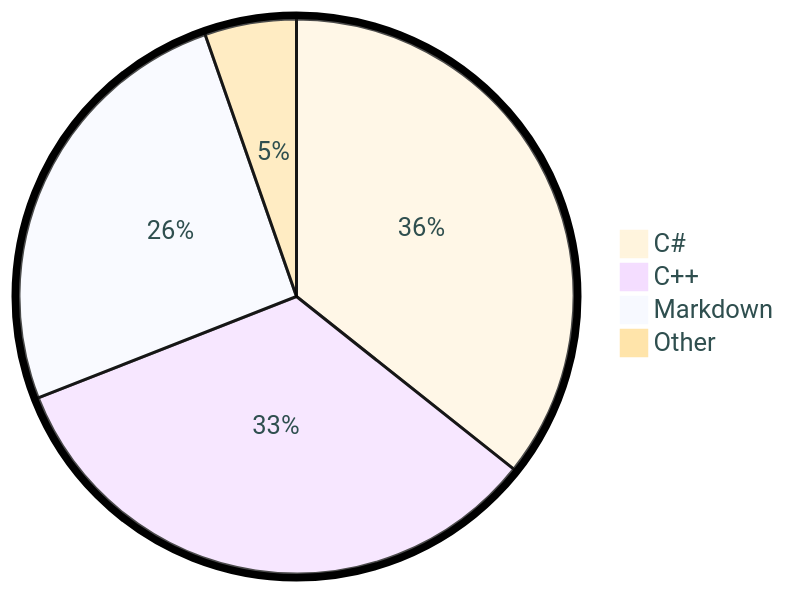
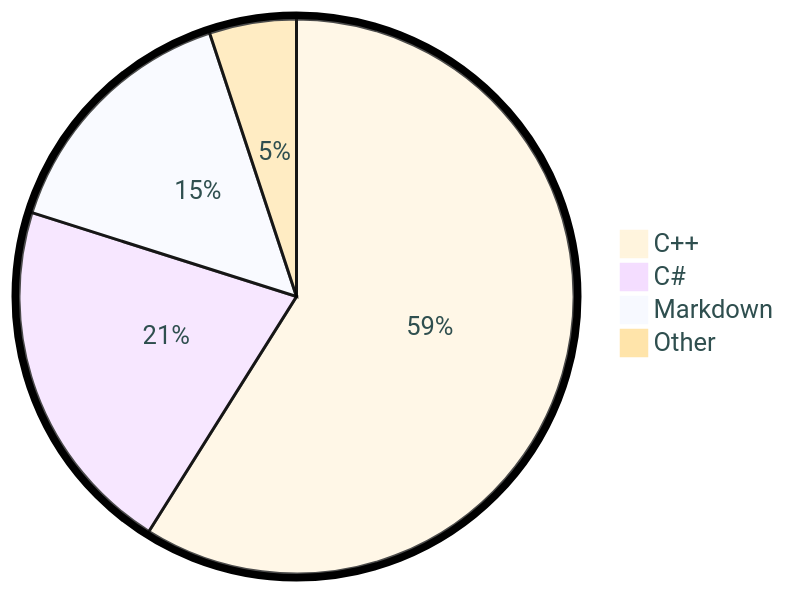
One commit to tot0p/tot0p changed the diagram in README.md. Above: the diagram before and after it, drawn with Mermaid. The commit also changed other lines of this file, not shown here.

````diff
--- a/README.md
+++ b/README.md
@@ -73,9 +72,8 @@
 ```mermaid
 %%{init: {"pie": {"textPosition": 0.5}, "themeVariables": {"pieOuterStrokeWidth": "5px","primaryTextColor" : "#2F4F4F"},"theme":"base"} }%%
 pie
-	"C#": 34.08
-	"C++": 31.86
-	"Markdown": 24.46
-	"Other": 5.1
-	"Other": 4.51
+	"C++": 58.93
+	"C#": 20.96
+	"Markdown": 15.04
+	"Other": 5.07
 ```
````
